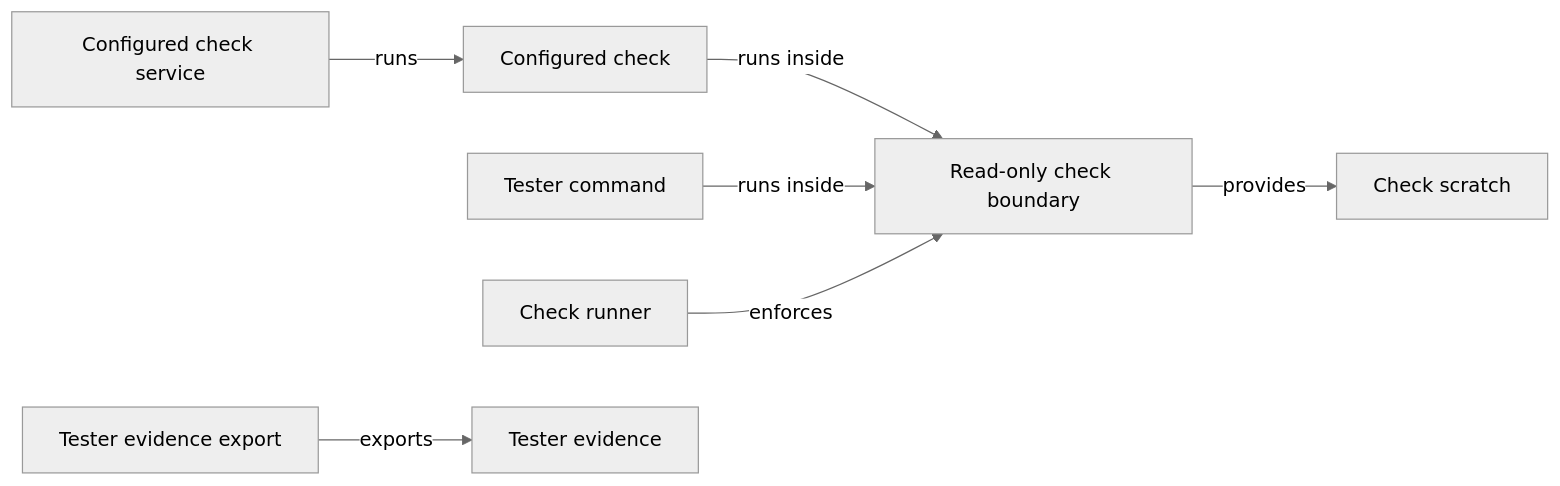
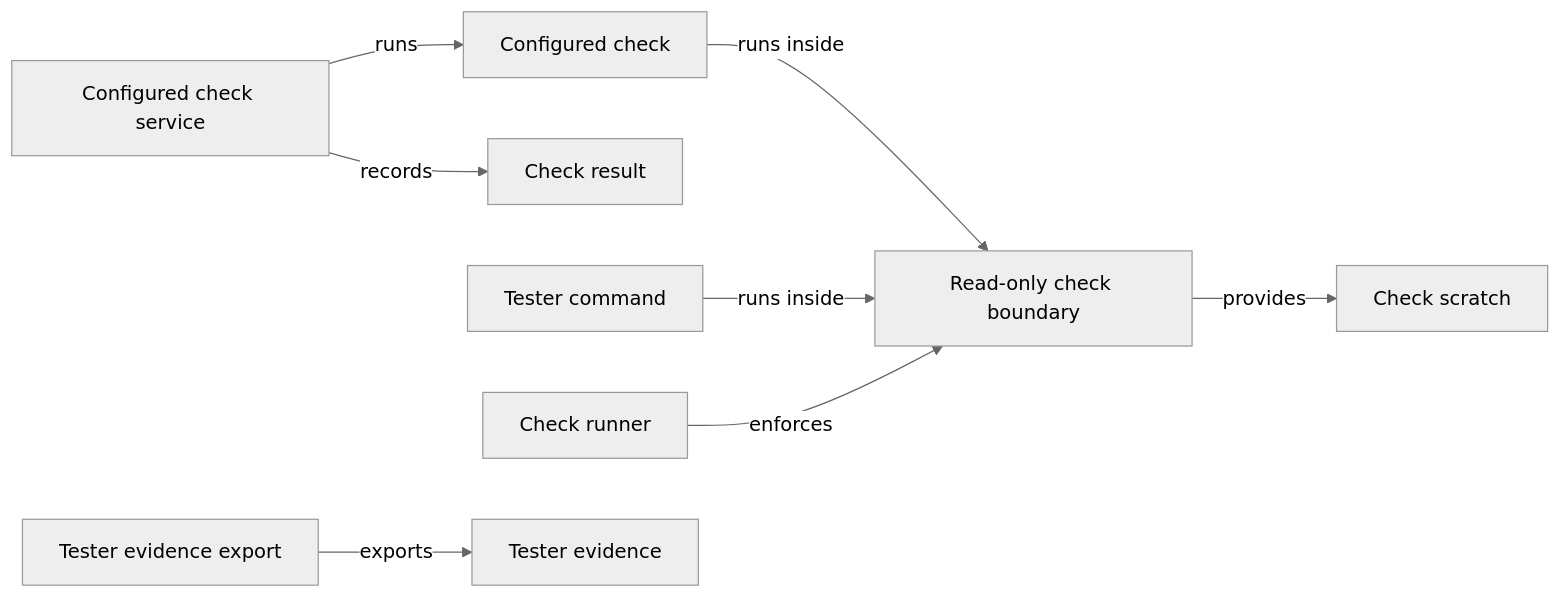
One commit to FTOD/concorde changed the first of 2 diagrams in specs/concorde/harness/checks/module.md. Above: the diagram before and after it, drawn with Mermaid (neutral theme). The commit also changed other lines of this file and 213 other files, not shown here.

First line of the commit message:
Rewrite Concorde's Specs for the layered architecture

````diff
--- a/specs/concorde/harness/checks/module.md
+++ b/specs/concorde/harness/checks/module.md
@@ -161,19 +185,21 @@
 ```mermaid
 flowchart LR
     accTitle: Check execution
-    accDescr: Configured checks and tester commands run inside the read-only check boundary, which provides scratch; the Host exports tester evidence.
+    accDescr: The configured check service runs configured checks inside the read-only check boundary and records check results; tester commands run inside the same boundary; the runner enforces it and provides scratch; the Host exports tester evidence.
     service[Configured check service]
     check[Configured check]
+    result[Check result]
     runner[Check runner]
     boundary[Read-only check boundary]
     scratch[Check scratch]
     tester[Tester command]
     export[Tester evidence export]
     evidence[Tester evidence]
     service -->|runs| check
+    service -->|records| result
     check -->|runs inside| boundary
     tester -->|runs inside| boundary
     runner -->|enforces| boundary
     boundary -->|provides| scratch
     export -->|exports| evidence
 ```
````
